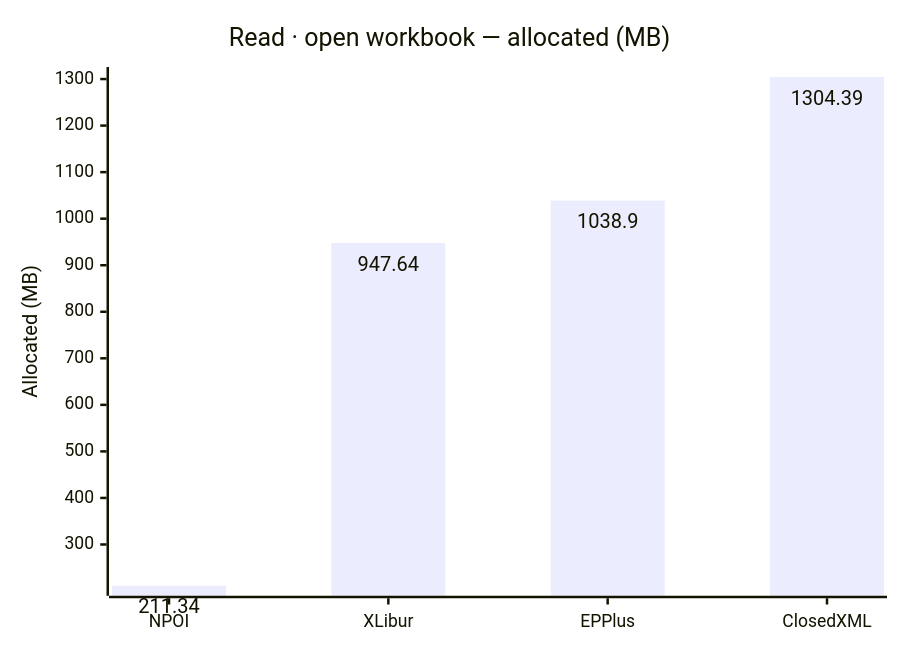
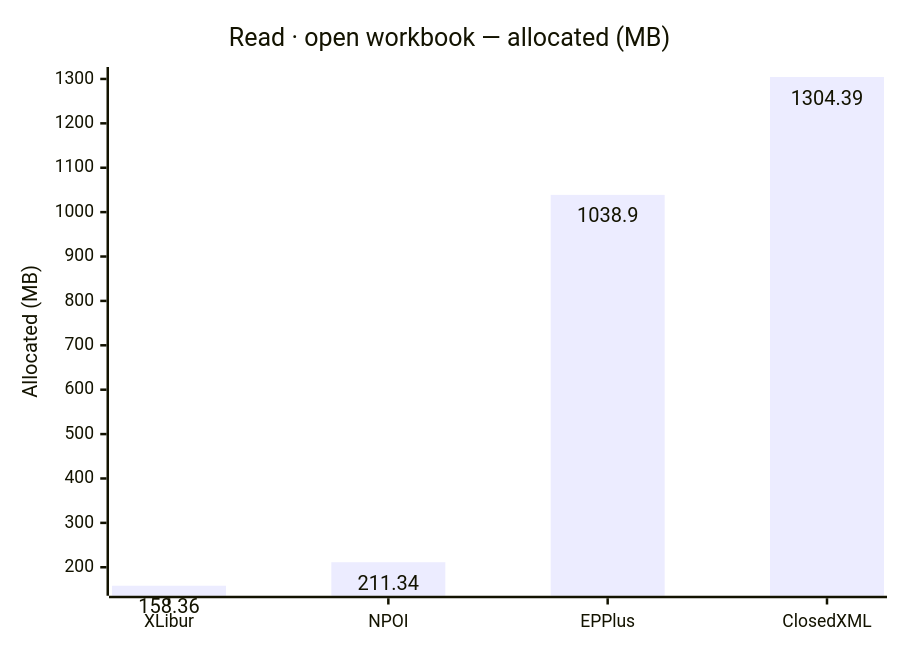
The second of 6 diagrams in docs/results-ci.md (jafin/XLBench), drawn with Mermaid before and after one commit. The commit also changed other lines of this file, not shown here.

````diff
--- a/docs/results-ci.md
+++ b/docs/results-ci.md
@@ -49,12 +49,12 @@
 ```mermaid
 ---
 config:
   xyChart:
     showDataLabel: true
 ---
 xychart-beta
     title "Read · open workbook — allocated (MB)"
-    x-axis ["NPOI", "XLibur", "EPPlus", "ClosedXML"]
+    x-axis ["XLibur", "NPOI", "EPPlus", "ClosedXML"]
     y-axis "Allocated (MB)"
-    bar [211.34, 947.64, 1038.9, 1304.39]
+    bar [158.36, 211.34, 1038.9, 1304.39]
 ```
````
